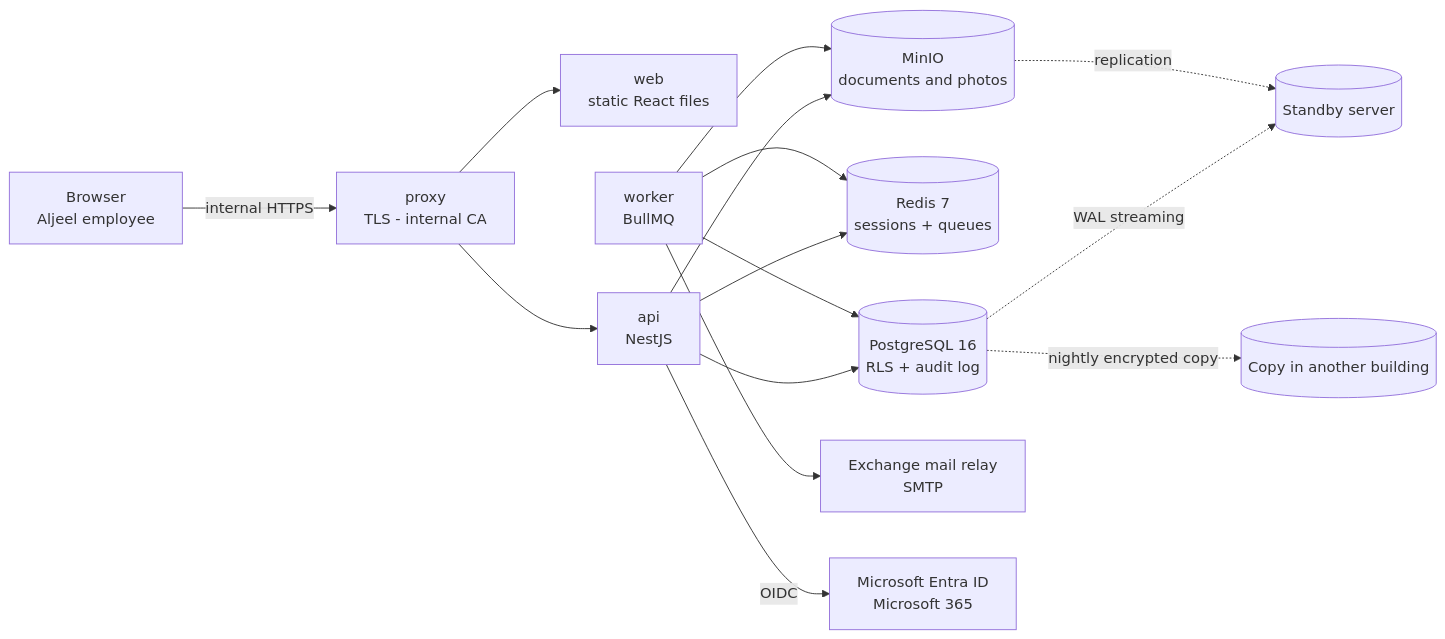
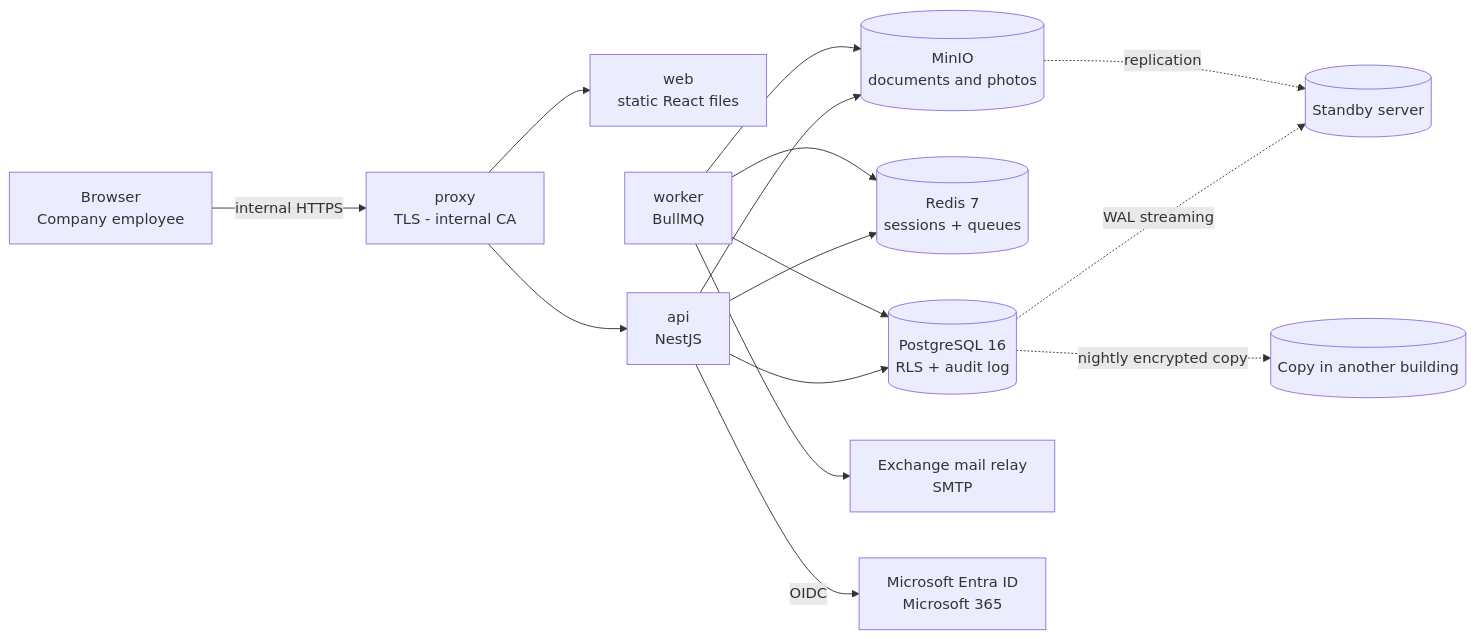
One commit to scupecenter/My_Repo changed the third of 4 diagrams in pmis/docs/customer/03-architecture-and-data.md. Above: the diagram before and after it, drawn with Mermaid. The commit also changed other lines of this file and 113 other files, not shown here.

````diff
--- a/pmis/docs/customer/03-architecture-and-data.md
+++ b/pmis/docs/customer/03-architecture-and-data.md
@@ -185,17 +185,17 @@
 ```mermaid
 flowchart LR
-  U[Browser<br/>Aljeel employee] -->|internal HTTPS| P[proxy<br/>TLS - internal CA]
+  U[Browser<br/>Company employee] -->|internal HTTPS| P[proxy<br/>TLS - internal CA]
   P --> W[web<br/>static React files]
   P --> A[api<br/>NestJS]
   A --> DB[(PostgreSQL 16<br/>RLS + audit log)]
   A --> R[(Redis 7<br/>sessions + queues)]
   A --> M[(MinIO<br/>documents and photos)]
   WK[worker<br/>BullMQ] --> DB
   WK --> M
   WK --> R
   WK --> SMTP[Exchange mail relay<br/>SMTP]
   A -->|OIDC| E[Microsoft Entra ID<br/>Microsoft 365]
   DB -. WAL streaming .-> SB[(Standby server)]
   M -. replication .-> SB
   DB -. nightly encrypted copy .-> OB[(Copy in another building)]
 ```
````
